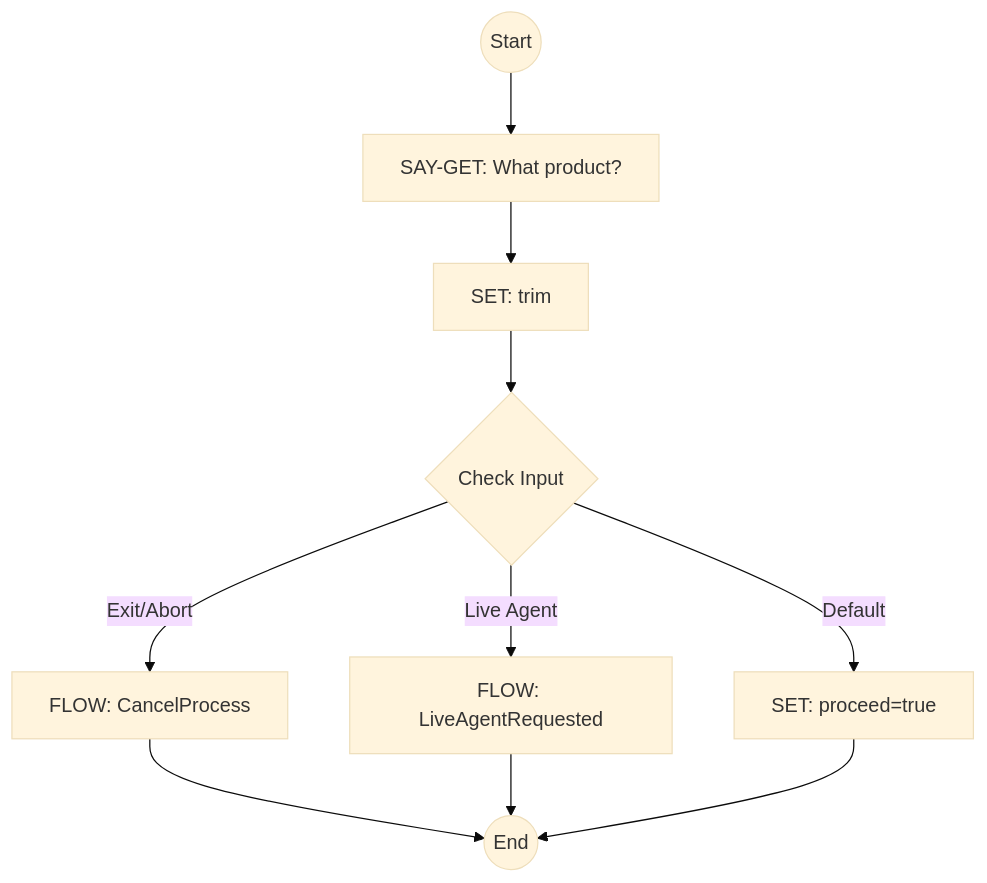
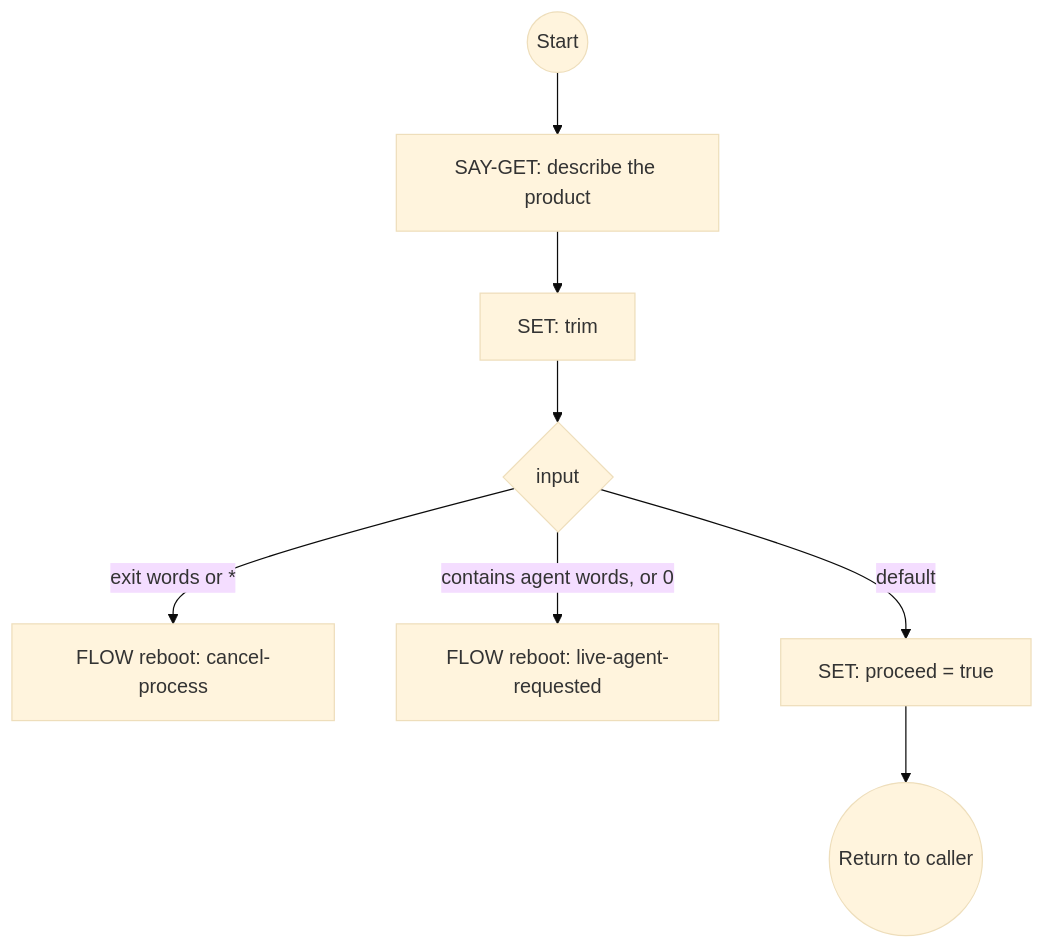
The second of 6 diagrams in docs/shopify-flows.md (ronpinkas/jsfe), drawn with Mermaid (base theme) before and after one commit. The commit also changed other lines of this file and 3 other files, not shown here.

````diff
--- a/docs/shopify-flows.md
+++ b/docs/shopify-flows.md
@@ -88,14 +122,10 @@
 ```mermaid
 graph TD
-    start((Start)) --> ask_what_looking_for[SAY-GET: What product?]
+    start((Start)) --> ask_what_looking_for[SAY-GET: describe the product]
     ask_what_looking_for --> normalize_search[SET: trim]
-    normalize_search --> check_for_exit{Check Input}
-    
-    check_for_exit -->|Exit/Abort| abort_search[FLOW: CancelProcess]
-    check_for_exit -->|Live Agent| goto_live_agent[FLOW: LiveAgentRequested]
-    check_for_exit -->|Default| proceed_with_search[SET: proceed=true]
-    
-    abort_search --> stop((End))
-    goto_live_agent --> stop
-    proceed_with_search --> stop
+    normalize_search --> check_for_exit{input}
+    check_for_exit -->|exit words or *| abort_search[FLOW reboot: cancel-process]
+    check_for_exit -->|contains agent words, or 0| goto_live_agent[FLOW reboot: live-agent-requested]
+    check_for_exit -->|default| proceed_with_search[SET: proceed = true]
+    proceed_with_search --> stop((Return to caller))
 ```
````
